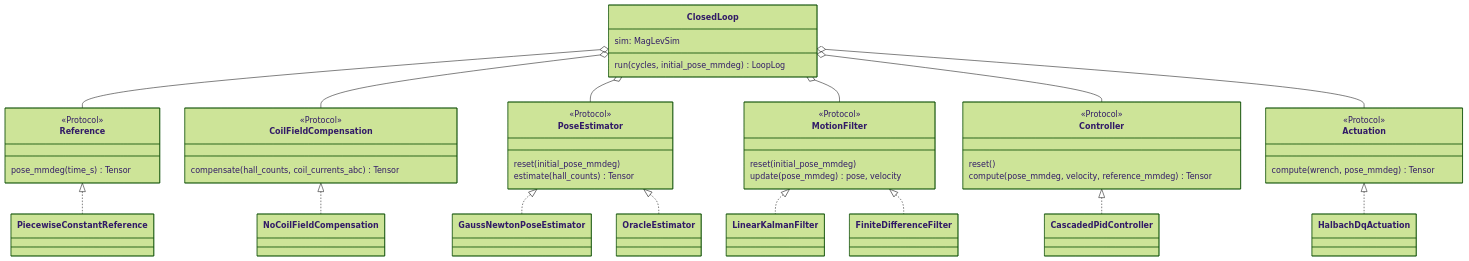
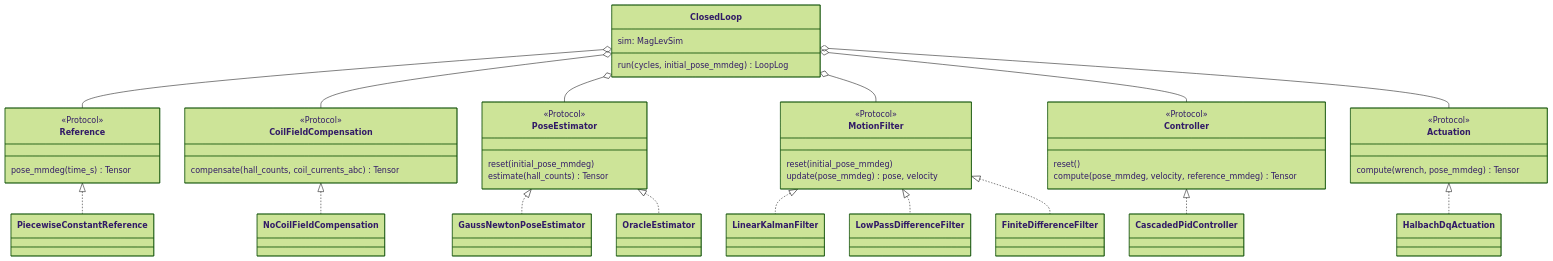
One commit to Verschnupft/MagLevClosedLoop changed the second of 4 diagrams in docs/architecture.md. Above: the diagram before and after it, drawn with Mermaid (forest theme). The commit also changed other lines of this file and 5 other files, not shown here.

Commit message:
Add low-pass-filtered difference as third motion filter

````diff
--- a/docs/architecture.md
+++ b/docs/architecture.md
@@ -58,50 +59,51 @@
 ```mermaid
 classDiagram
   class Reference {
     <<Protocol>>
     pose_mmdeg(time_s) Tensor
   }
   class CoilFieldCompensation {
     <<Protocol>>
     compensate(hall_counts, coil_currents_abc) Tensor
   }
   class PoseEstimator {
     <<Protocol>>
     reset(initial_pose_mmdeg)
     estimate(hall_counts) Tensor
   }
   class MotionFilter {
     <<Protocol>>
     reset(initial_pose_mmdeg)
     update(pose_mmdeg) pose, velocity
   }
   class Controller {
     <<Protocol>>
     reset()
     compute(pose_mmdeg, velocity, reference_mmdeg) Tensor
   }
   class Actuation {
     <<Protocol>>
     compute(wrench, pose_mmdeg) Tensor
   }
   class ClosedLoop {
     sim: MagLevSim
     run(cycles, initial_pose_mmdeg) LoopLog
   }
 
   Reference <|.. PiecewiseConstantReference
   CoilFieldCompensation <|.. NoCoilFieldCompensation
   PoseEstimator <|.. GaussNewtonPoseEstimator
   PoseEstimator <|.. OracleEstimator
   MotionFilter <|.. LinearKalmanFilter
+  MotionFilter <|.. LowPassDifferenceFilter
   MotionFilter <|.. FiniteDifferenceFilter
   Controller <|.. CascadedPidController
   Actuation <|.. HalbachDqActuation
 
   ClosedLoop o-- Reference
   ClosedLoop o-- CoilFieldCompensation
   ClosedLoop o-- PoseEstimator
   ClosedLoop o-- MotionFilter
   ClosedLoop o-- Controller
   ClosedLoop o-- Actuation
 ```
````
